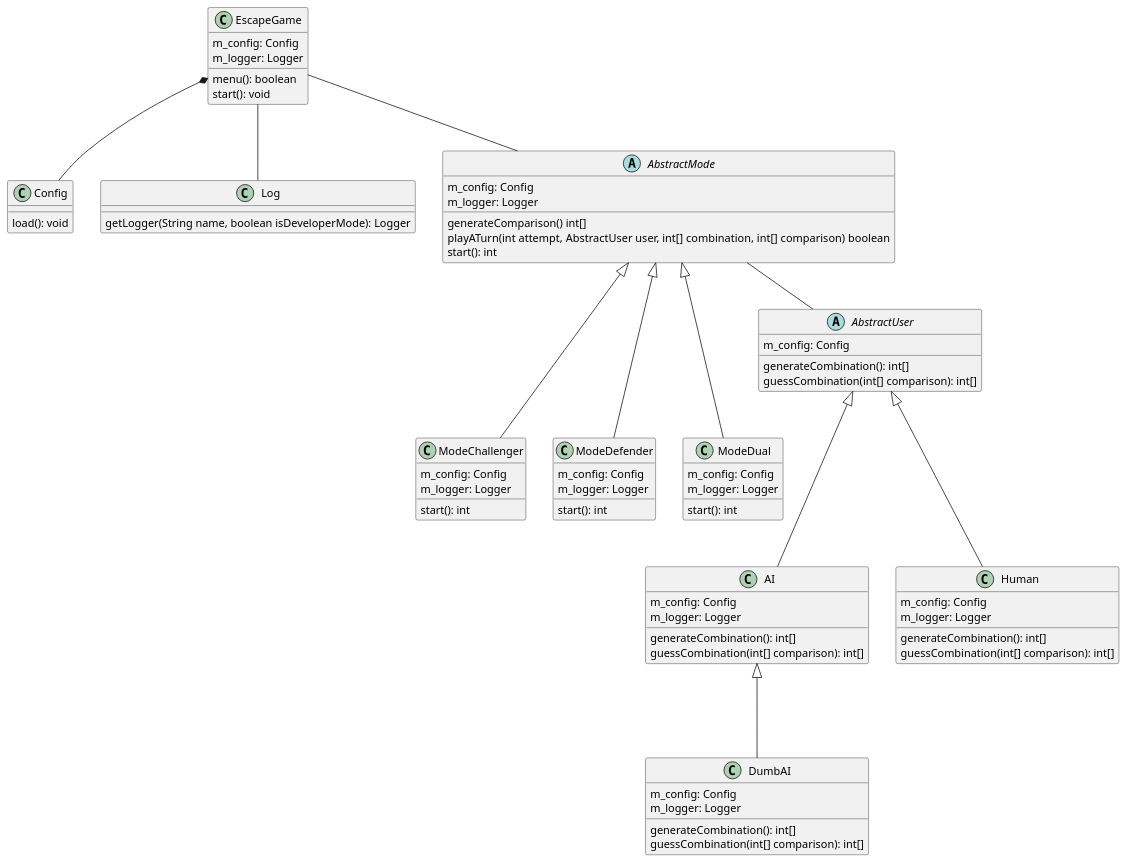
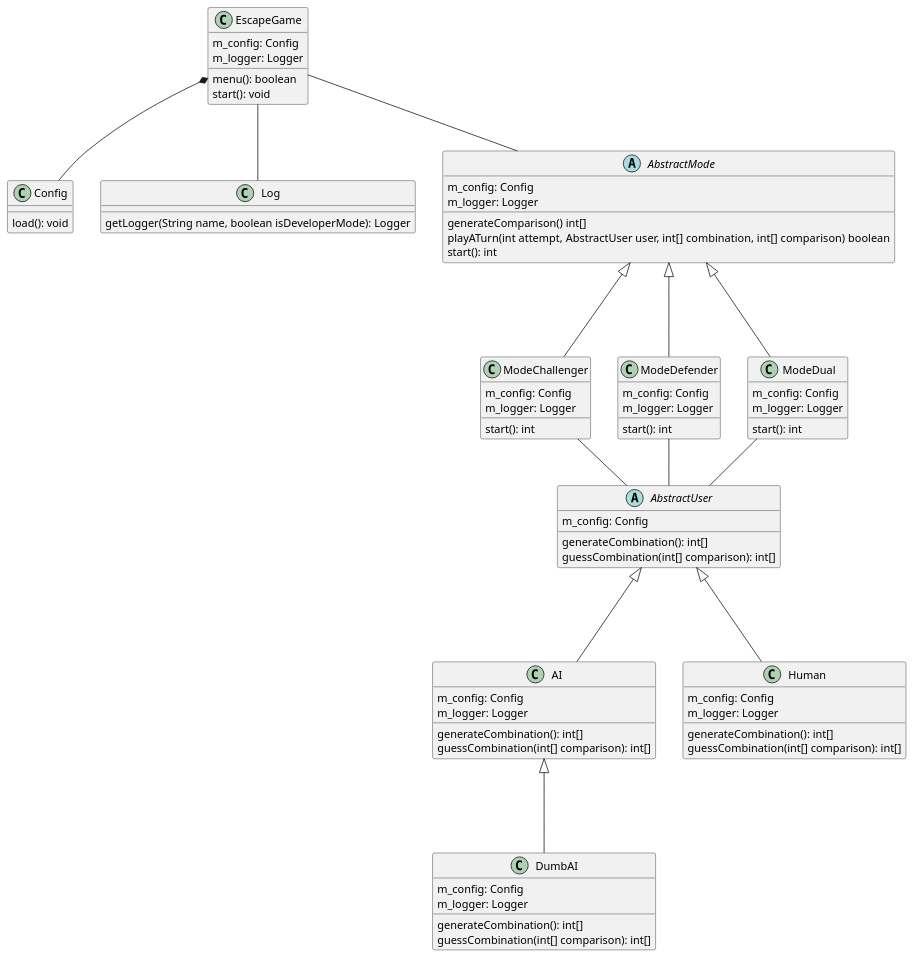
The diagram in Project3.puml (OMorlotti/P3-mettre-ma-logique-a-l-preuve), drawn with PlantUML before and after one commit.

```diff
--- a/Project3.puml
+++ b/Project3.puml
@@ -1,88 +1,90 @@
 @startuml
 
 Class EscapeGame {
 m_config: Config
 m_logger: Logger
 menu(): boolean
 start(): void
 }
 
 class Config {
 load(): void
 }
 
 class Log {
 getLogger(String name, boolean isDeveloperMode): Logger
 }
 
 abstract class AbstractMode {
 m_config: Config
 m_logger: Logger
 generateComparison() int[]
 playATurn(int attempt, AbstractUser user, int[] combination, int[] comparison) boolean
 start(): int
 }
 
 class ModeChallenger {
 m_config: Config
 m_logger: Logger
 start(): int
 }
 
 class ModeDefender {
 m_config: Config
 m_logger: Logger
 start(): int
 }
 
 class ModeDual {
 m_config: Config
 m_logger: Logger
 start(): int
 }
 
 
 abstract class AbstractUser {
 m_config: Config
 generateCombination(): int[]
 guessCombination(int[] comparison): int[]
 }
 
 class AI {
 m_config: Config
 m_logger: Logger
 generateCombination(): int[]
 guessCombination(int[] comparison): int[]
 }
 
 class Human {
 m_config: Config
 m_logger: Logger
 generateCombination(): int[]
 guessCombination(int[] comparison): int[]
 }
 
 class DumbAI {
 m_config: Config
 m_logger: Logger
 generateCombination(): int[]
 guessCombination(int[] comparison): int[]
 }
 
 AbstractMode <|--- ModeChallenger
 AbstractMode <|--- ModeDefender
 AbstractMode <|--- ModeDual
 
 AbstractUser <|--- AI
 AbstractUser <|--- Human
 
 AI <|--- DumbAI
 
 EscapeGame -- AbstractMode
 EscapeGame -- Log
 
 EscapeGame *-- Config
 
-AbstractMode -- AbstractUser
+ModeChallenger -- AbstractUser
+ModeDefender -- AbstractUser
+ModeDual -- AbstractUser
 
 @enduml
```
